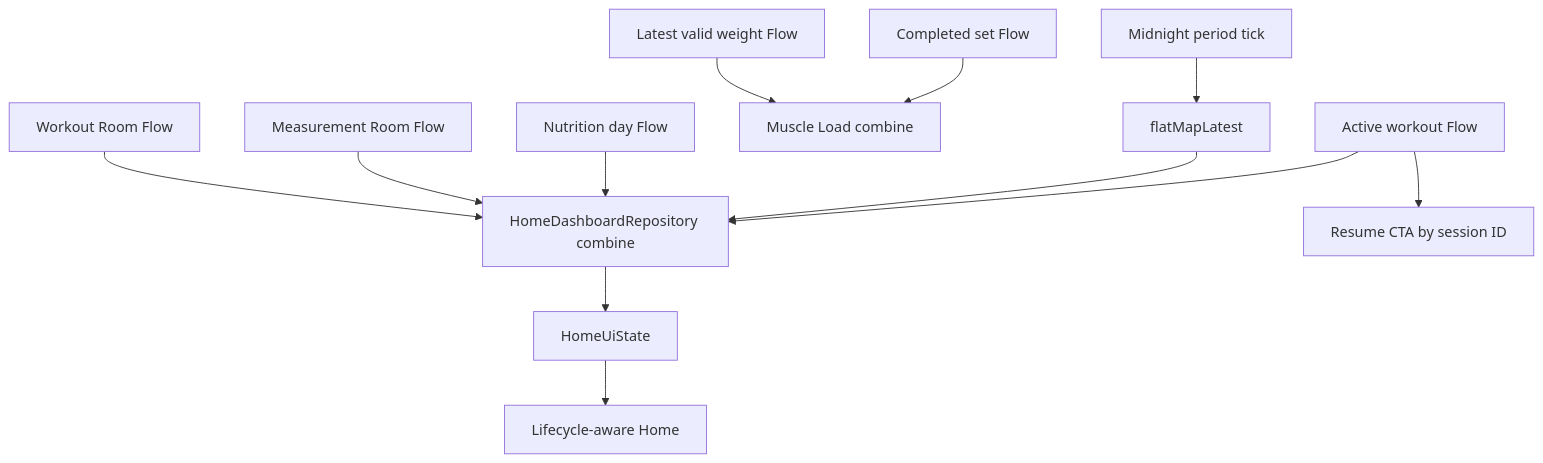
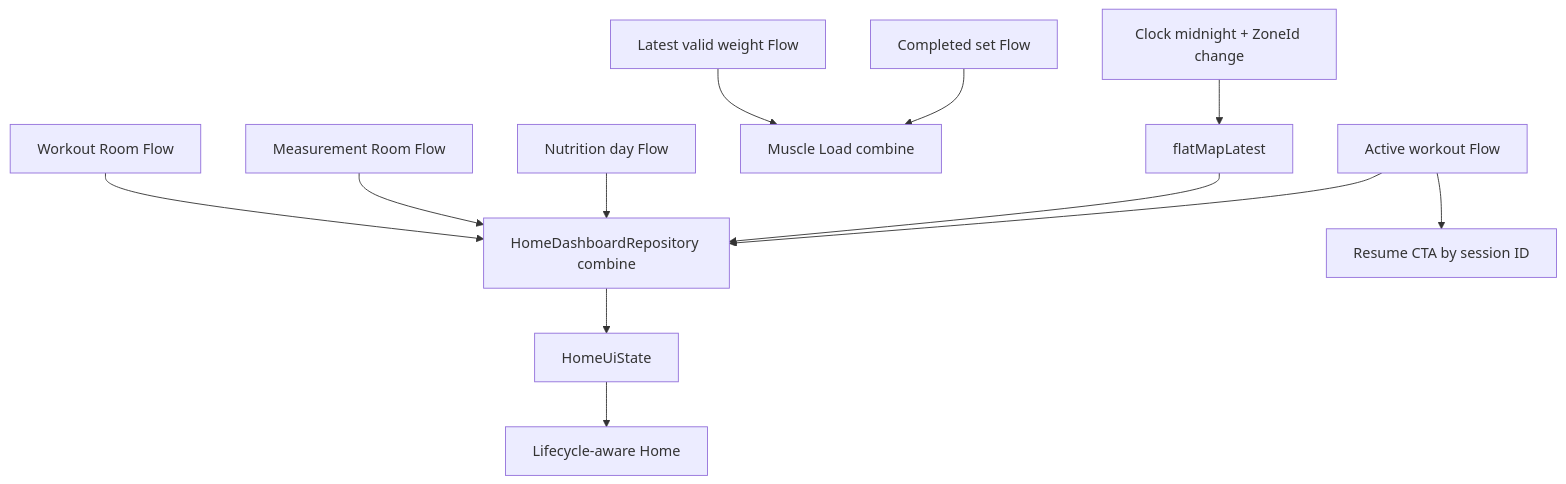
One commit to MehmetKucukOfficial/GymTracker changed the diagram in docs/obsidian/architecture/ARCH_STATE_DATA_FLOW.md. Above: the diagram before and after it, drawn with Mermaid. The commit also changed other lines of this file and 12 other files, not shown here.

````diff
--- a/docs/obsidian/architecture/ARCH_STATE_DATA_FLOW.md
+++ b/docs/obsidian/architecture/ARCH_STATE_DATA_FLOW.md
@@ -45,14 +46,14 @@
 ```mermaid
 flowchart TD
     W[Workout Room Flow] --> R[HomeDashboardRepository combine]
     M[Measurement Room Flow] --> R
     N[Nutrition day Flow] --> R
     BW[Latest valid weight Flow] --> ML[Muscle Load combine]
     CS[Completed set Flow] --> ML
-    T[Midnight period tick] --> F[flatMapLatest]
+    T[Clock midnight + ZoneId change] --> F[flatMapLatest]
     F --> R
     R --> U[HomeUiState]
     U --> UI[Lifecycle-aware Home]
     A[Active workout Flow] --> R
     A --> CTA[Resume CTA by session ID]
 ```
````
